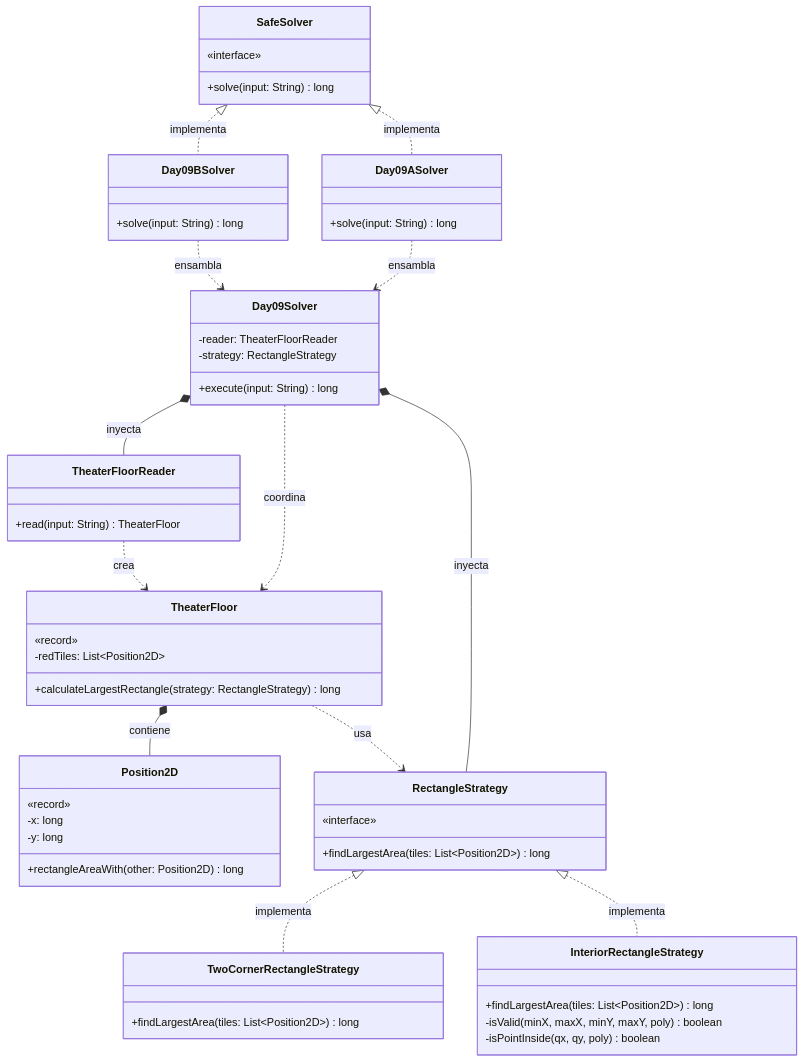
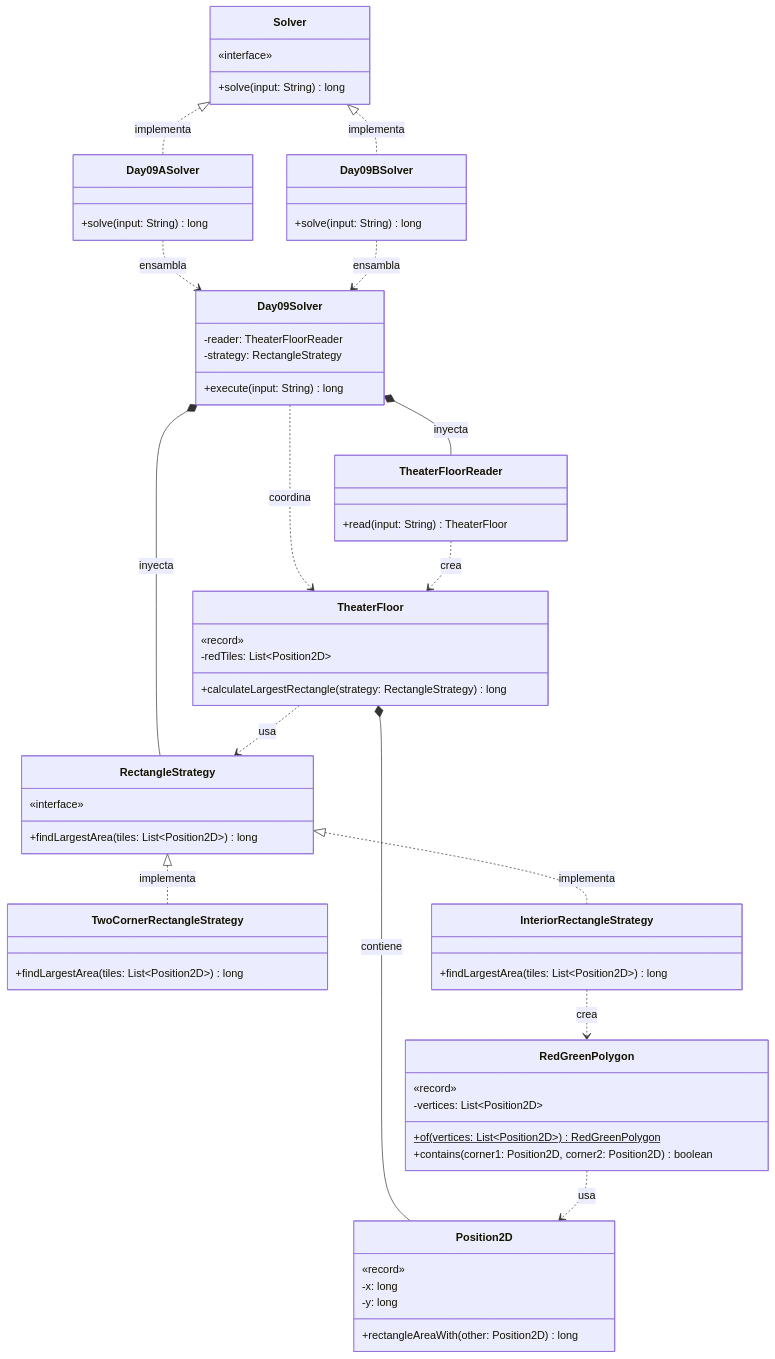
Before and after one commit to ivanperezdiaz829/AoC2025: the diagram in src/main/java/software/aoc/day09/README.md, drawn with Mermaid. The commit also changed other lines of this file and 1 other file, not shown here.

Commit message:
Readme updated

````diff
--- a/src/main/java/software/aoc/day09/README.md
+++ b/src/main/java/software/aoc/day09/README.md
@@ -34,71 +39,78 @@
 ```mermaid
 classDiagram
-class SafeSolver {
-«interface»
-+solve(input: String) long
-}
+  class Solver {
+    «interface»
+    +solve(input: String) long
+  }
 
-class Day09ASolver {
-+solve(input: String) long
-}
+  class Day09ASolver {
+    +solve(input: String) long
+  }
 
-class Day09BSolver {
-+solve(input: String) long
-}
+  class Day09BSolver {
+    +solve(input: String) long
+  }
 
-class Day09Solver {
--reader: TheaterFloorReader
--strategy: RectangleStrategy
-+execute(input: String) long
-}
+  class Day09Solver {
+    -reader: TheaterFloorReader
+    -strategy: RectangleStrategy
+    +execute(input: String) long
+  }
 
-class TheaterFloor {
-«record»
--redTiles: List~Position2D~
-+calculateLargestRectangle(strategy: RectangleStrategy) long
-}
+  class TheaterFloor {
+    «record»
+    -redTiles: List~Position2D~
+    +calculateLargestRectangle(strategy: RectangleStrategy) long
+  }
 
-class Position2D {
-«record»
--x: long
--y: long
-+rectangleAreaWith(other: Position2D) long
-}
+  class Position2D {
+    «record»
+    -x: long
+    -y: long
+    +rectangleAreaWith(other: Position2D) long
+  }
 
-class RectangleStrategy {
-«interface»
-+findLargestArea(tiles: List~Position2D~) long
-}
+  class RedGreenPolygon {
+    «record»
+    -vertices: List~Position2D~
+    +of(vertices: List~Position2D~)$ RedGreenPolygon
+    +contains(corner1: Position2D, corner2: Position2D) boolean
+  }
 
-class TwoCornerRectangleStrategy {
-+findLargestArea(tiles: List~Position2D~) long
-}
+  class RectangleStrategy {
+    «interface»
+    +findLargestArea(tiles: List~Position2D~) long
+  }
 
-class InteriorRectangleStrategy {
-+findLargestArea(tiles: List~Position2D~) long
--isValid(minX, maxX, minY, maxY, poly) boolean
--isPointInside(qx, qy, poly) boolean
-}
+  class TwoCornerRectangleStrategy {
+    +findLargestArea(tiles: List~Position2D~) long
+  }
 
-class TheaterFloorReader {
-+read(input: String) TheaterFloor
-}
+  class InteriorRectangleStrategy {
+    +findLargestArea(tiles: List~Position2D~) long
+  }
+
+  class TheaterFloorReader {
+    +read(input: String) TheaterFloor
+  }
 
 %% Relaciones de Implementación
-SafeSolver <|.. Day09ASolver : implementa
-SafeSolver <|.. Day09BSolver : implementa
-RectangleStrategy <|.. TwoCornerRectangleStrategy : implementa
-RectangleStrategy <|.. InteriorRectangleStrategy : implementa
+  Solver <|.. Day09ASolver : implementa
+  Solver <|.. Day09BSolver : implementa
+  RectangleStrategy <|.. TwoCornerRectangleStrategy : implementa
+  RectangleStrategy <|.. InteriorRectangleStrategy : implementa
 
 %% Relaciones de Ensamblaje e Inyección
-Day09ASolver ..> Day09Solver : ensambla
-Day09BSolver ..> Day09Solver : ensambla
-Day09Solver *-- TheaterFloorReader : inyecta
-Day09Solver *-- RectangleStrategy : inyecta
+  Day09ASolver ..> Day09Solver : ensambla
+  Day09BSolver ..> Day09Solver : ensambla
+  Day09Solver *-- TheaterFloorReader : inyecta
+  Day09Solver *-- RectangleStrategy : inyecta
 
 %% Relaciones de Dominio
-Day09Solver ..> TheaterFloor : coordina
-TheaterFloorReader ..> TheaterFloor : crea
-TheaterFloor *-- Position2D : contiene
-TheaterFloor ..> RectangleStrategy : usa
+  Day09Solver ..> TheaterFloor : coordina
+  TheaterFloorReader ..> TheaterFloor : crea
+  TheaterFloor *-- Position2D : contiene
+  TheaterFloor ..> RectangleStrategy : usa
+  InteriorRectangleStrategy ..> RedGreenPolygon : crea
+  RedGreenPolygon ..> Position2D : usa
 ```
````
